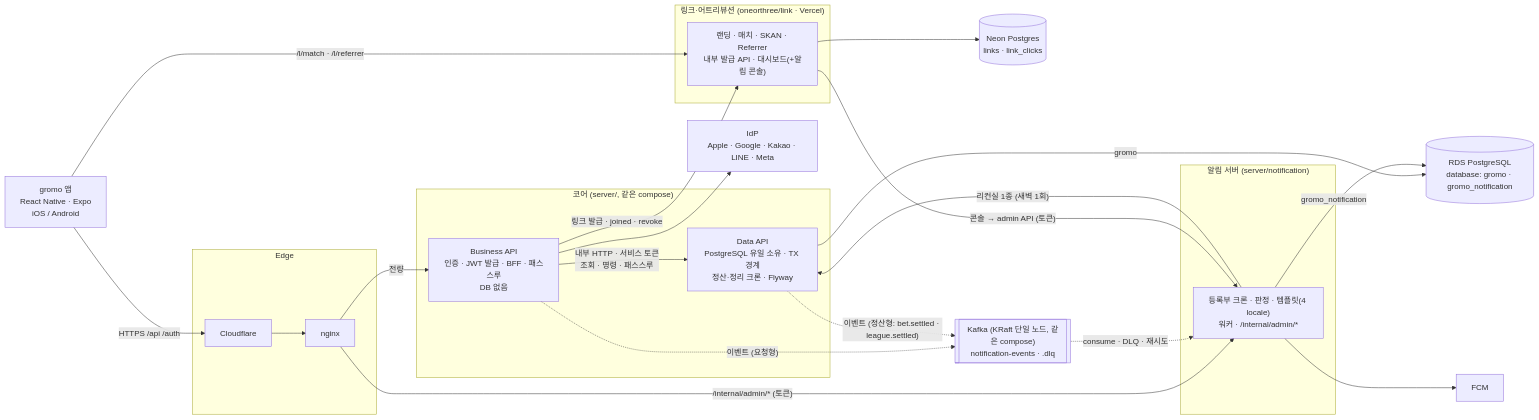
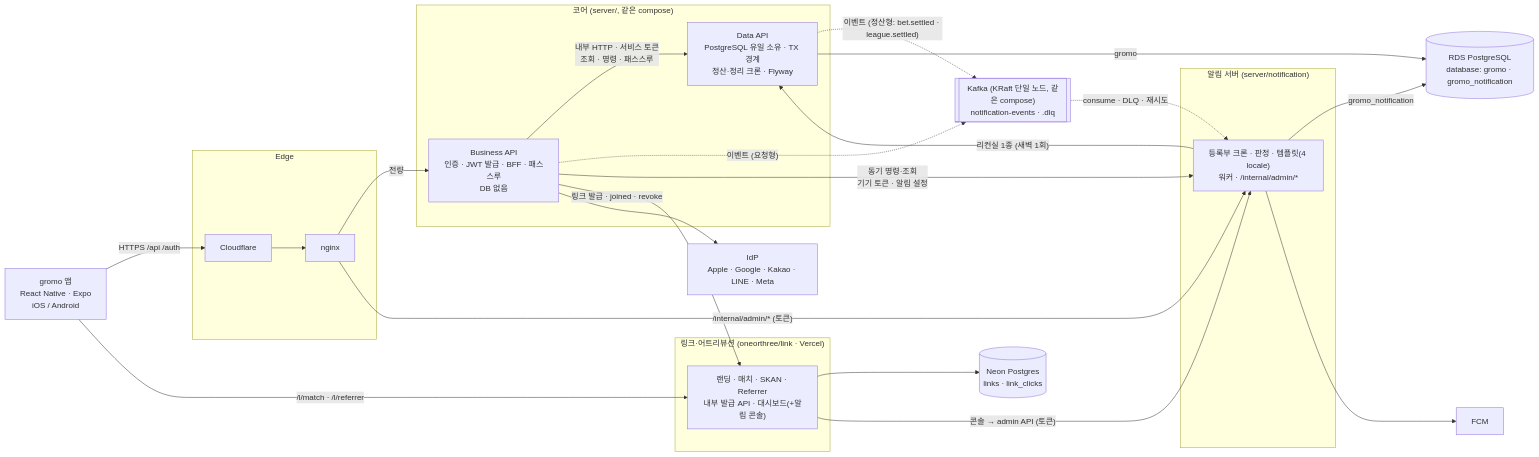
Before and after one commit to OneOrThree/phone: the first of 2 diagrams in docs/architecture/service-architecture.md, drawn with Mermaid. The commit also changed other lines of this file and 3 other files, not shown here.

````diff
--- a/docs/architecture/service-architecture.md
+++ b/docs/architecture/service-architecture.md
@@ -12,39 +12,40 @@
 ```mermaid
 flowchart LR
   APP["gromo 앱<br/>React Native · Expo<br/>iOS / Android"]
   subgraph Edge["Edge"]
     CF["Cloudflare"] --> NX["nginx"]
   end
   subgraph Core["코어 (server/, 같은 compose)"]
     BIZ["Business API<br/>인증 · JWT 발급 · BFF · 패스스루<br/>DB 없음"]
     DATA["Data API<br/>PostgreSQL 유일 소유 · TX 경계<br/>정산·정리 크론 · Flyway"]
   end
   subgraph Noti["알림 서버 (server/notification)"]
     NS["등록부 크론 · 판정 · 템플릿(4 locale)<br/>워커 · /internal/admin/*"]
   end
   subgraph Link["링크·어트리뷰션 (oneorthree/link · Vercel)"]
     LK["랜딩 · 매치 · SKAN · Referrer<br/>내부 발급 API · 대시보드(+알림 콘솔)"]
   end
   PG[("RDS PostgreSQL<br/>database: gromo · gromo_notification")]
   NEON[("Neon Postgres<br/>links · link_clicks")]
   FCM["FCM"]
   IDP["IdP<br/>Apple · Google · Kakao · LINE · Meta"]
 
   APP -->|"HTTPS /api /auth"| CF
   NX -->|"전량"| BIZ
   NX -->|"/internal/admin/* (토큰)"| NS
   APP -->|"/l/match · /l/referrer"| LK
   BIZ -->|"내부 HTTP · 서비스 토큰<br/>조회 · 명령 · 패스스루"| DATA
   KAFKA[["Kafka (KRaft 단일 노드, 같은 compose)<br/>notification-events · .dlq"]]
   BIZ -.->|"이벤트 (요청형)"| KAFKA
   DATA -.->|"이벤트 (정산형: bet.settled · league.settled)"| KAFKA
   KAFKA -.->|"consume · DLQ · 재시도"| NS
+  BIZ -->|"동기 명령·조회<br/>기기 토큰 · 알림 설정"| NS
   NS -->|"리컨실 1종 (새벽 1회)"| DATA
   BIZ -->|"링크 발급 · joined · revoke"| LK
   DATA -->|"gromo"| PG
   NS -->|"gromo_notification"| PG
   LK --> NEON
   NS --> FCM
   BIZ --> IDP
   LK -->|"콘솔 → admin API (토큰)"| NS
 ```
````
